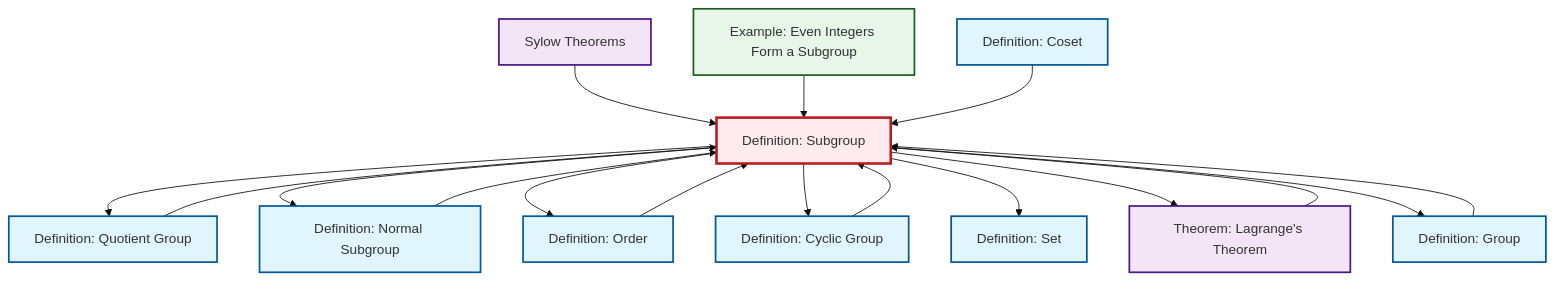
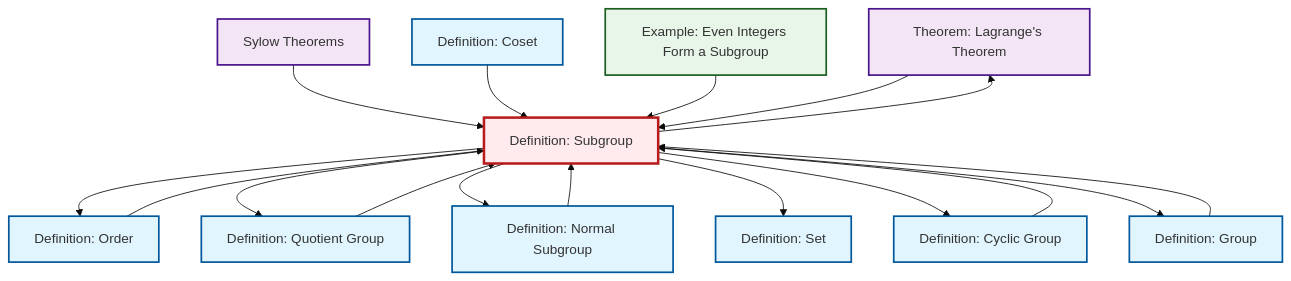
Before and after one commit to RK0429/ModernMath: the diagram in content/en/algebra/def-subgroup.qmd, drawn with Mermaid (base theme). The commit also changed other lines of this file and 597 other files, not shown here.

````diff
--- a/content/en/algebra/def-subgroup.qmd
+++ b/content/en/algebra/def-subgroup.qmd
@@ -53,47 +53,47 @@
 ```{mermaid}
 %%| fig-cap: "Local dependency graph"
 graph TD
     classDef definition fill:#e1f5fe,stroke:#01579b,stroke-width:2px
     classDef theorem fill:#f3e5f5,stroke:#4a148c,stroke-width:2px
     classDef axiom fill:#fff3e0,stroke:#e65100,stroke-width:2px
     classDef example fill:#e8f5e9,stroke:#1b5e20,stroke-width:2px
     classDef current fill:#ffebee,stroke:#b71c1c,stroke-width:3px
+    thm-lagrange["Theorem: Lagrange's Theorem"]:::theorem
+    def-order["Definition: Order"]:::definition
+    def-cyclic-group["Definition: Cyclic Group"]:::definition
+    ex-even-integers-subgroup["Example: Even Integers Form a Subgroup"]:::example
+    thm-sylow["Sylow Theorems"]:::theorem
+    def-set["Definition: Set"]:::definition
+    def-coset["Definition: Coset"]:::definition
+    def-normal-subgroup["Definition: Normal Subgroup"]:::definition
+    def-quotient-group["Definition: Quotient Group"]:::definition
     def-subgroup["Definition: Subgroup"]:::definition
-    thm-sylow["Sylow Theorems"]:::theorem
-    def-order["Definition: Order"]:::definition
-    def-quotient-group["Definition: Quotient Group"]:::definition
-    thm-lagrange["Theorem: Lagrange's Theorem"]:::theorem
-    def-coset["Definition: Coset"]:::definition
-    def-cyclic-group["Definition: Cyclic Group"]:::definition
     def-group["Definition: Group"]:::definition
-    def-set["Definition: Set"]:::definition
-    ex-even-integers-subgroup["Example: Even Integers Form a Subgroup"]:::example
-    def-normal-subgroup["Definition: Normal Subgroup"]:::definition
+    thm-sylow --> def-subgroup
+    def-subgroup --> def-order
+    def-quotient-group --> def-subgroup
+    def-subgroup --> def-quotient-group
+    def-group --> def-subgroup
+    def-subgroup --> def-normal-subgroup
+    def-coset --> def-subgroup
+    def-subgroup --> def-set
+    def-subgroup --> def-cyclic-group
+    ex-even-integers-subgroup --> def-subgroup
     def-order --> def-subgroup
-    thm-sylow --> def-subgroup
+    thm-lagrange --> def-subgroup
     def-cyclic-group --> def-subgroup
-    def-subgroup --> def-quotient-group
-    def-subgroup --> def-normal-subgroup
-    def-quotient-group --> def-subgroup
-    def-subgroup --> def-order
-    ex-even-integers-subgroup --> def-subgroup
-    def-group --> def-subgroup
-    def-subgroup --> def-cyclic-group
-    def-coset --> def-subgroup
     def-normal-subgroup --> def-subgroup
-    def-subgroup --> def-set
+    def-subgroup --> def-group
     def-subgroup --> thm-lagrange
-    def-subgroup --> def-group
-    thm-lagrange --> def-subgroup
     class def-subgroup current
+    click thm-lagrange "thm-lagrange.html" "Go to Lagrange's Theorem theorem"
+    click def-order "def-order.html" "Go to Order definition"
+    click def-cyclic-group "def-cyclic-group.html" "Go to Cyclic Group definition"
+    click ex-even-integers-subgroup "ex-even-integers-subgroup.html" "Go to Even Integers Form a Subgroup example"
     click thm-sylow "thm-sylow.html" "Go to Sylow Theorems"
-    click def-order "def-order.html" "Go to Order definition"
+    click def-set "def-set.html" "Go to Set definition"
+    click def-coset "def-coset.html" "Go to Coset definition"
+    click def-normal-subgroup "def-normal-subgroup.html" "Go to Normal Subgroup definition"
     click def-quotient-group "def-quotient-group.html" "Go to Quotient Group definition"
-    click thm-lagrange "thm-lagrange.html" "Go to Lagrange's Theorem theorem"
-    click def-coset "def-coset.html" "Go to Coset definition"
-    click def-cyclic-group "def-cyclic-group.html" "Go to Cyclic Group definition"
     click def-group "def-group.html" "Go to Group definition"
-    click def-set "def-set.html" "Go to Set definition"
-    click ex-even-integers-subgroup "ex-even-integers-subgroup.html" "Go to Even Integers Form a Subgroup example"
-    click def-normal-subgroup "def-normal-subgroup.html" "Go to Normal Subgroup definition"
 ```
````
